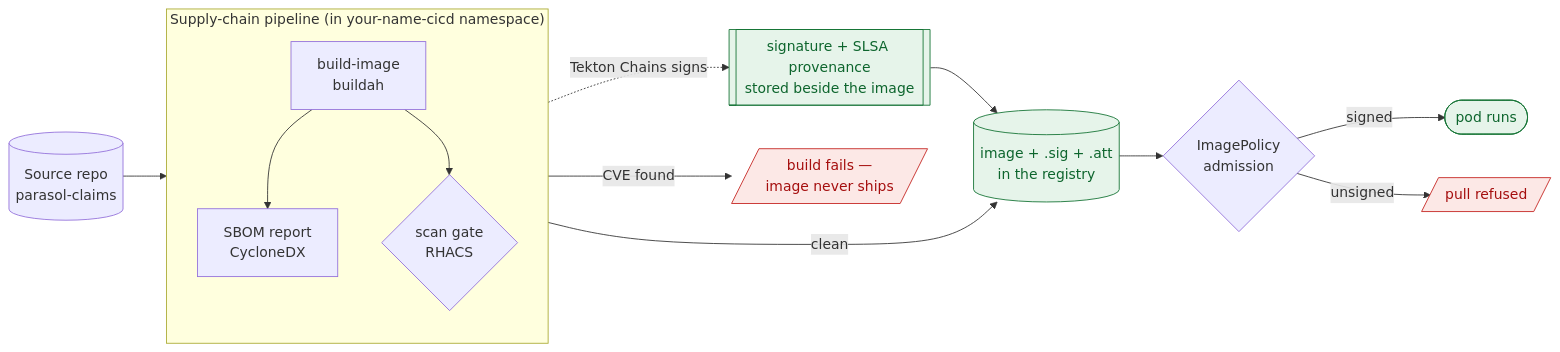
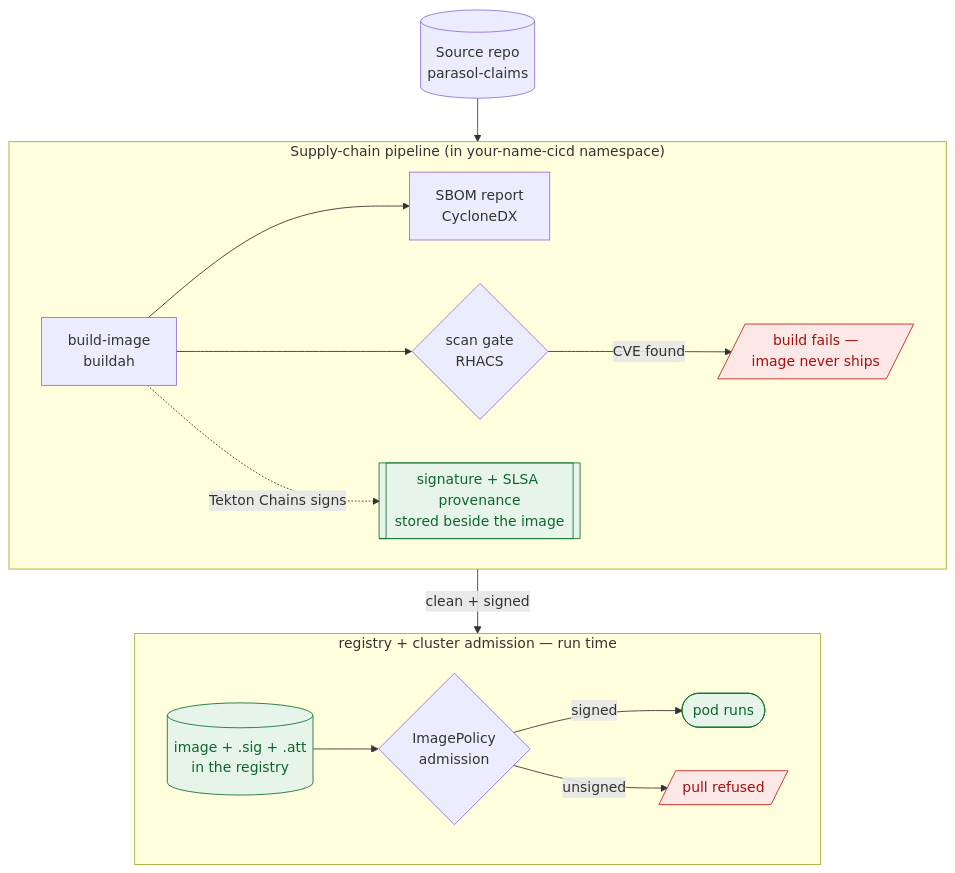
The diagram in content/modules/ROOT/examples/diagrams/trusted-supply-chain/01-trust-triangle.mmd (serhat-dirik/OCP-Getting-Started-Revamped), drawn with Mermaid before and after one commit. The commit also changed 59 other files, not shown here.

```diff
--- a/content/modules/ROOT/examples/diagrams/trusted-supply-chain/01-trust-triangle.mmd
+++ b/content/modules/ROOT/examples/diagrams/trusted-supply-chain/01-trust-triangle.mmd
@@ -1,18 +1,30 @@
-flowchart LR
-  SRC[(Source repo<br/>parasol-claims)] --> BUILD
+%% Trust triangle — signature, SLSA provenance, and SBOM: how they get produced (the build
+%% pipeline) and enforced (registry + cluster admission). Illustrates concept.adoc "Policy as a
+%% gate, and policy as an admission control".
+%% Resized 2026-08-22: was one flowchart LR row (intrinsic 1518x443, rendered 900x263, text at
+%% 0.59x — too wide). Wrapped the row into two direction-LR subgraphs — the build pipeline and
+%% registry/admission — stacked TB, per the diagram-resize rules.
+%% Follow-up 2026-08-22: `direction LR` alone didn't hold — SRC-->BUILD and SCAN/SIG-->REG each
+%% crossed a subgraph boundary, which silently disables direction for that subgraph. Fixed by
+%% routing those 3 edges container-to-container: SRC-->PIPE, and SCAN+SIG collapsed into one
+%% PIPE-->ADMIT edge labeled "clean + signed" (REG's own label already says what lands there).
+flowchart TB
+  SRC[(Source repo<br/>parasol-claims)] --> PIPE
   subgraph PIPE["Supply-chain pipeline (in your-name-cicd namespace)"]
-    direction TB
+    direction LR
     BUILD[build-image<br/>buildah] --> SBOMT[SBOM report<br/>CycloneDX]
     BUILD --> SCAN{scan gate<br/>RHACS}
+    BUILD -. Tekton Chains signs .-> SIG[[signature + SLSA provenance<br/>stored beside the image]]
+    SCAN -->|CVE found| STOP[/build fails —<br/>image never ships/]
   end
-  BUILD -. Tekton Chains signs .-> SIG[[signature + SLSA provenance<br/>stored beside the image]]
-  SCAN -->|clean| REG[(image + .sig + .att<br/>in the registry)]
-  SCAN -->|CVE found| STOP[/build fails —<br/>image never ships/]
-  SIG --> REG
-  REG --> ADM{ImagePolicy<br/>admission}
-  ADM -->|signed| RUN([pod runs])
-  ADM -->|unsigned| DENY[/pull refused/]
+  subgraph ADMIT["registry + cluster admission — run time"]
+    direction LR
+    REG[(image + .sig + .att<br/>in the registry)] --> ADM{ImagePolicy<br/>admission}
+    ADM -->|signed| RUN([pod runs])
+    ADM -->|unsigned| DENY[/pull refused/]
+  end
+  PIPE -->|"clean + signed"| ADMIT
   classDef g fill:#e6f4ea,stroke:#137333,color:#0d652d;
   classDef r fill:#fce8e6,stroke:#c5221f,color:#a50e0e;
   class REG,RUN,SIG g;
   class STOP,DENY r;
```
